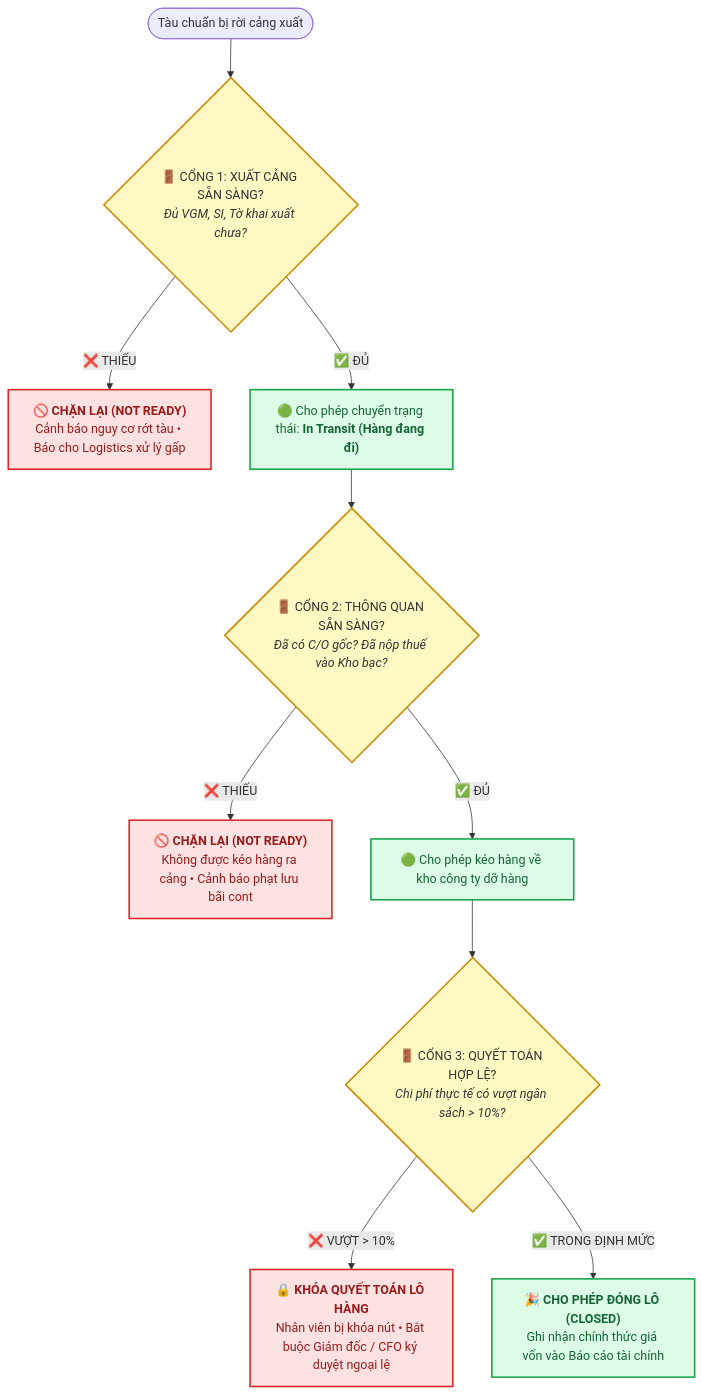
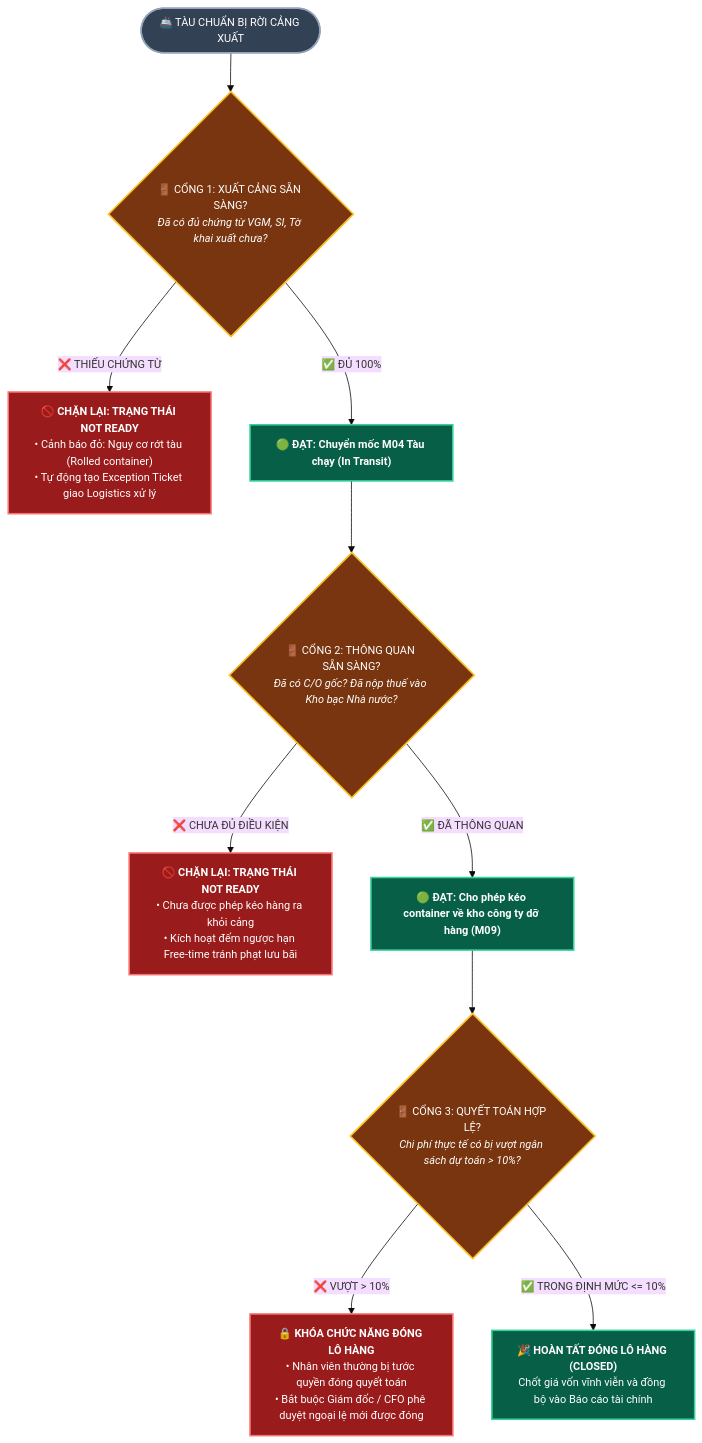
The fourth of 4 diagrams in KIEN_TRUC_HE_THONG_QUAN_TRI_XUAT_NHAP_KHAU.md (capkimkhanh2k5/Logistics_ERPNext_RAG), drawn with Mermaid before and after one commit. The commit also changed other lines of this file, not shown here.

Commit message:
style(diagrams): apply high-contrast dark palette with crisp white text to all architecture diagrams

````diff
--- a/KIEN_TRUC_HE_THONG_QUAN_TRI_XUAT_NHAP_KHAU.md
+++ b/KIEN_TRUC_HE_THONG_QUAN_TRI_XUAT_NHAP_KHAU.md
@@ -222,28 +261,34 @@
 ```mermaid
+%%{init: {'theme': 'base', 'themeVariables': { 'fontFamily': 'Arial, sans-serif', 'fontSize': '14px'}}}%%
 flowchart TD
+    %% KHỞI ĐẦU
+    START(["🚢 TÀU CHUẨN BỊ RỜI CẢNG XUẤT"]) --> G1{"🚪 CỔNG 1: XUẤT CẢNG SẴN SÀNG?<br><i>Đã có đủ chứng từ VGM, SI, Tờ khai xuất chưa?</i>"}
+
     %% GATE 1
-    START(["Tàu chuẩn bị rời cảng xuất"]) --> G1{"🚪 CỔNG 1: XUẤT CẢNG SẴN SÀNG?<br><i>Đủ VGM, SI, Tờ khai xuất chưa?</i>"}
-    G1 -- "❌ THIẾU" --> STOP1["🚫 <b>CHẶN LẠI (NOT READY)</b><br>Cảnh báo nguy cơ rớt tàu • Báo cho Logistics xử lý gấp"]
-    G1 -- "✅ ĐỦ" --> PASS1["🟢 Cho phép chuyển trạng thái: <b>In Transit (Hàng đang đi)</b>"]
+    G1 -- "❌ THIẾU CHỨNG TỪ" --> STOP1["🚫 <b>CHẶN LẠI: TRẠNG THÁI NOT READY</b><br>• Cảnh báo đỏ: Nguy cơ rớt tàu (Rolled container)<br>• Tự động tạo Exception Ticket giao Logistics xử lý"]
+    G1 -- "✅ ĐỦ 100%" --> PASS1["🟢 <b>ĐẠT: Chuyển mốc M04 Tàu chạy (In Transit)</b>"]
 
     %% GATE 2
-    PASS1 --> G2{"🚪 CỔNG 2: THÔNG QUAN SẴN SÀNG?<br><i>Đã có C/O gốc? Đã nộp thuế vào Kho bạc?</i>"}
-    G2 -- "❌ THIẾU" --> STOP2["🚫 <b>CHẶN LẠI (NOT READY)</b><br>Không được kéo hàng ra cảng • Cảnh báo phạt lưu bãi cont"]
-    G2 -- "✅ ĐỦ" --> PASS2["🟢 Cho phép kéo hàng về kho công ty dỡ hàng"]
+    PASS1 --> G2{"🚪 CỔNG 2: THÔNG QUAN SẴN SÀNG?<br><i>Đã có C/O gốc? Đã nộp thuế vào Kho bạc Nhà nước?</i>"}
+    G2 -- "❌ CHƯA ĐỦ ĐIỀU KIỆN" --> STOP2["🚫 <b>CHẶN LẠI: TRẠNG THÁI NOT READY</b><br>• Chưa được phép kéo hàng ra khỏi cảng<br>• Kích hoạt đếm ngược hạn Free-time tránh phạt lưu bãi"]
+    G2 -- "✅ ĐÃ THÔNG QUAN" --> PASS2["🟢 <b>ĐẠT: Cho phép kéo container về kho công ty dỡ hàng (M09)</b>"]
 
     %% GATE 3
-    PASS2 --> G3{"🚪 CỔNG 3: QUYẾT TOÁN HỢP LỆ?<br><i>Chi phí thực tế có vượt ngân sách > 10%?</i>"}
-    G3 -- "❌ VƯỢT > 10%" --> STOP3["🔒 <b>KHÓA QUYẾT TOÁN LÔ HÀNG</b><br>Nhân viên bị khóa nút • Bắt buộc Giám đốc / CFO ký duyệt ngoại lệ"]
-    G3 -- "✅ TRONG ĐỊNH MỨC" --> PASS3["🎉 <b>CHO PHÉP ĐÓNG LÔ (CLOSED)</b><br>Ghi nhận chính thức giá vốn vào Báo cáo tài chính"]
+    PASS2 --> G3{"🚪 CỔNG 3: QUYẾT TOÁN HỢP LỆ?<br><i>Chi phí thực tế có bị vượt ngân sách dự toán > 10%?</i>"}
+    G3 -- "❌ VƯỢT > 10%" --> STOP3["🔒 <b>KHÓA CHỨC NĂNG ĐÓNG LÔ HÀNG</b><br>• Nhân viên thường bị tước quyền đóng quyết toán<br>• Bắt buộc Giám đốc / CFO phê duyệt ngoại lệ mới được đóng"]
+    G3 -- "✅ TRONG ĐỊNH MỨC <= 10%" --> PASS3["🎉 <b>HOÀN TẤT ĐÓNG LÔ HÀNG (CLOSED)</b><br>Chốt giá vốn vĩnh viễn và đồng bộ vào Báo cáo tài chính"]
 
-    %% PHONG CÁCH
-    style G1 fill:#FEF9C3,stroke:#CA8A04,stroke-width:2px
-    style G2 fill:#FEF9C3,stroke:#CA8A04,stroke-width:2px
-    style G3 fill:#FEF9C3,stroke:#CA8A04,stroke-width:2px
-    style STOP1 fill:#FEE2E2,stroke:#DC2626,stroke-width:2px,color:#991B1B
-    style STOP2 fill:#FEE2E2,stroke:#DC2626,stroke-width:2px,color:#991B1B
-    style STOP3 fill:#FEE2E2,stroke:#DC2626,stroke-width:2px,color:#991B1B
-    style PASS1 fill:#DCFCE7,stroke:#16A34A,stroke-width:2px,color:#166534
-    style PASS2 fill:#DCFCE7,stroke:#16A34A,stroke-width:2px,color:#166534
-    style PASS3 fill:#DCFCE7,stroke:#16A34A,stroke-width:2px,color:#166534
+    %% STYLE MÀU SẮC ĐÈN GIAO THÔNG RÕ RÀNG
+    style START fill:#334155,stroke:#94A3B8,color:#FFFFFF,stroke-width:2px
+    style G1 fill:#78350F,stroke:#FBBF24,color:#FFFFFF,stroke-width:2px
+    style G2 fill:#78350F,stroke:#FBBF24,color:#FFFFFF,stroke-width:2px
+    style G3 fill:#78350F,stroke:#FBBF24,color:#FFFFFF,stroke-width:2px
+
+    style STOP1 fill:#991B1B,stroke:#F87171,color:#FFFFFF,stroke-width:2px
+    style STOP2 fill:#991B1B,stroke:#F87171,color:#FFFFFF,stroke-width:2px
+    style STOP3 fill:#991B1B,stroke:#F87171,color:#FFFFFF,stroke-width:2px
+
+    style PASS1 fill:#065F46,stroke:#34D399,color:#FFFFFF,stroke-width:2px
+    style PASS2 fill:#065F46,stroke:#34D399,color:#FFFFFF,stroke-width:2px
+    style PASS3 fill:#065F46,stroke:#34D399,color:#FFFFFF,stroke-width:2px
 ```
````
